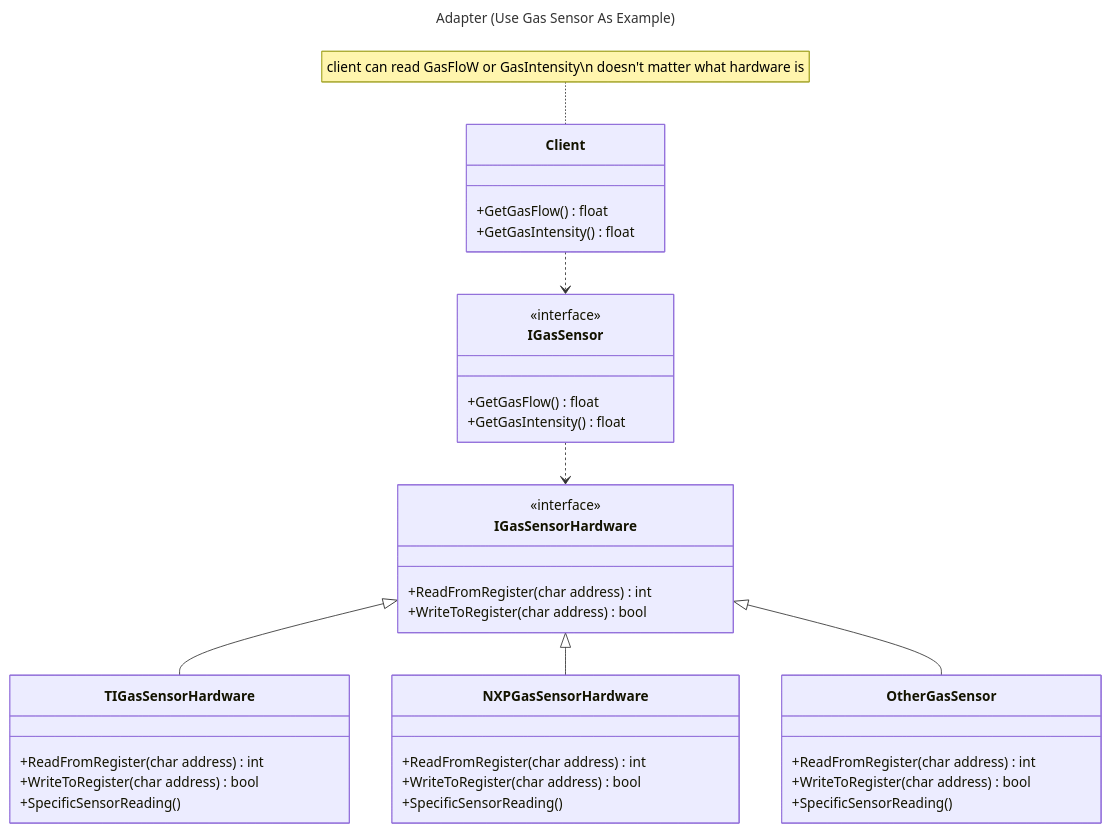
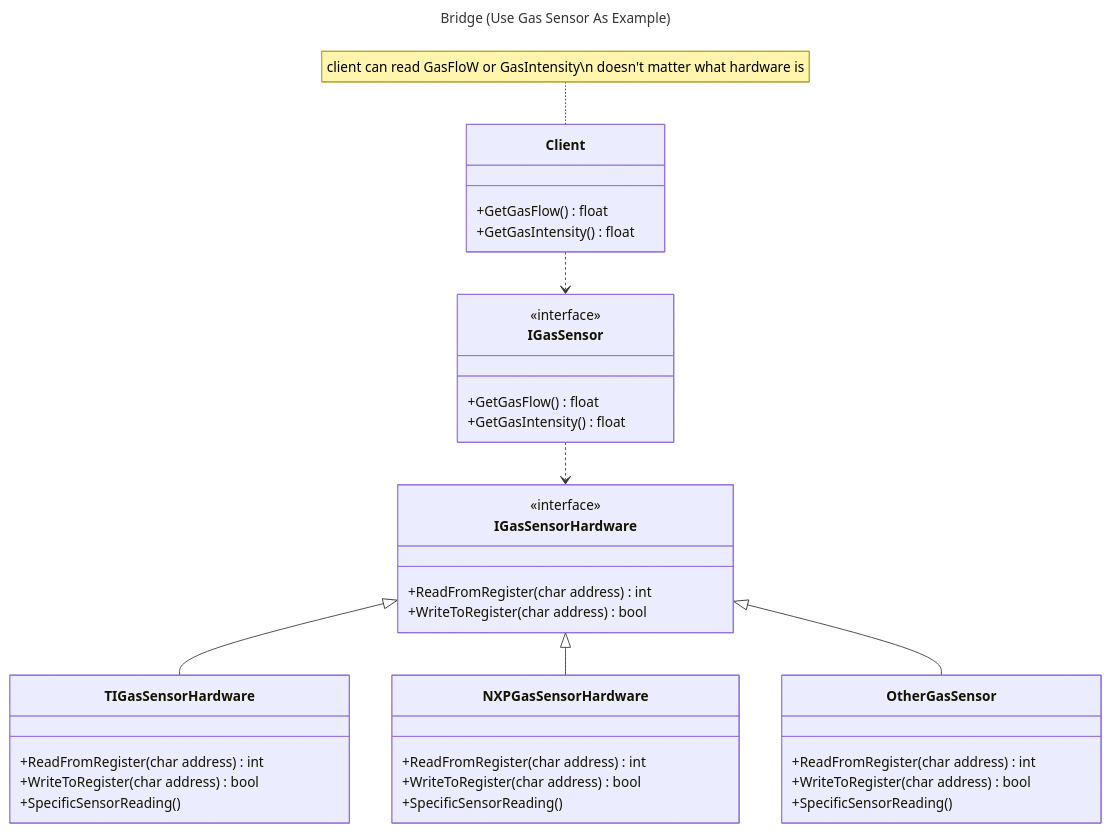
Before and after one commit to ahsanu123/learnRepo: the diagram in designPatternCpp/README.md, drawn with Mermaid. The commit also changed other lines of this file, not shown here.

````diff
--- a/designPatternCpp/README.md
+++ b/designPatternCpp/README.md
@@ -10,50 +9,50 @@
 ```mermaid
 ---
-title: Adapter (Use Gas Sensor As Example)
+title: Bridge (Use Gas Sensor As Example)
 ---
 classDiagram
 
     IGasSensorHardware <|-- TIGasSensorHardware
     IGasSensorHardware <|-- NXPGasSensorHardware
     IGasSensorHardware <|-- OtherGasSensor
     IGasSensor ..> IGasSensorHardware
     Client ..> IGasSensor
 
     note for Client "client can read GasFloW or GasIntensity\n doesn't matter what hardware is"
 
     class IGasSensor {
       <<interface>>
       +GetGasFlow() float
       +GetGasIntensity() float
     }
 
     class IGasSensorHardware {
       <<interface>>
       +ReadFromRegister(char address) int
       +WriteToRegister(char address) bool
     }
 
     class TIGasSensorHardware{
       +ReadFromRegister(char address) int
       +WriteToRegister(char address) bool
       +SpecificSensorReading() 
     }
 
     class NXPGasSensorHardware{
       +ReadFromRegister(char address) int
       +WriteToRegister(char address) bool
       +SpecificSensorReading() 
     }
 
     class OtherGasSensor{
       +ReadFromRegister(char address) int
       +WriteToRegister(char address) bool
       +SpecificSensorReading() 
     }
 
     class Client{
       +GetGasFlow() float
       +GetGasIntensity() float
     }
 
 ```
````
